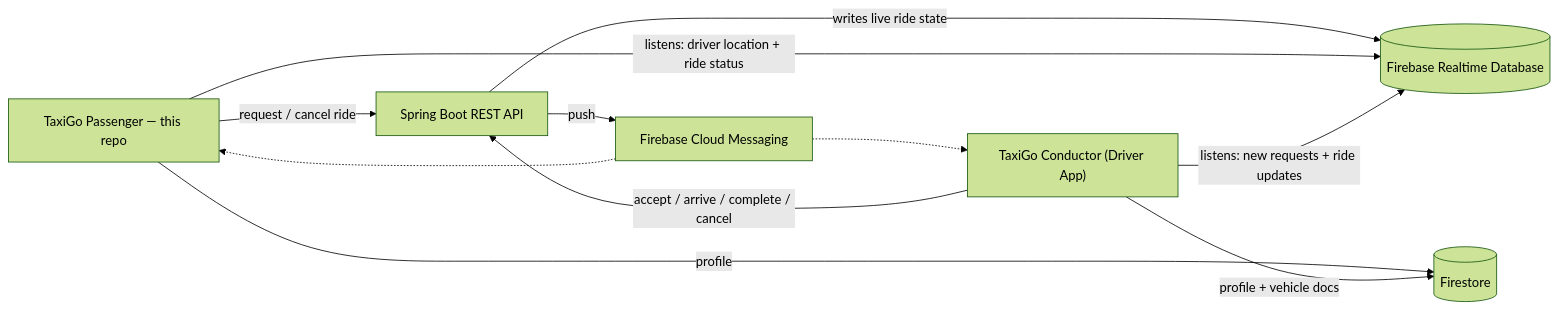
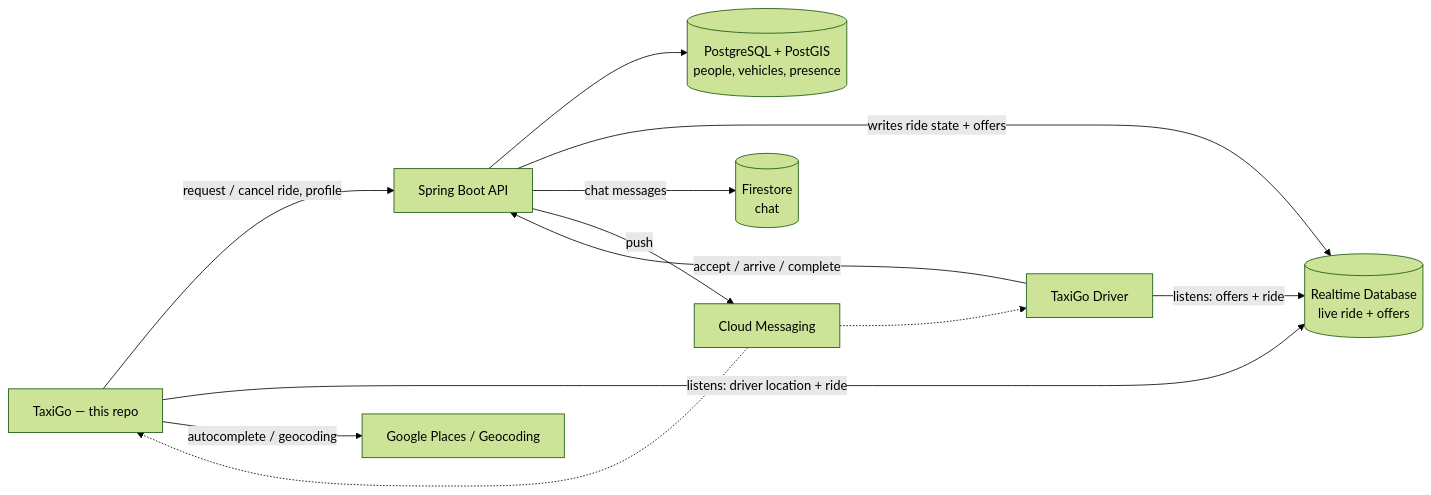
The second of 2 diagrams in README.md (areascript22/project-taxi-passenger), drawn with Mermaid (forest theme) before and after one commit. The commit also changed other lines of this file, not shown here.

Commit message:
Rewrite README with current features, architecture and CI/CD

````diff
--- a/README.md
+++ b/README.md
@@ -92,20 +98,23 @@
 ```mermaid
 flowchart LR
-    PA["TaxiGo Passenger — this repo"]
-    DA["TaxiGo Conductor (Driver App)"]
-    API["Spring Boot REST API"]
-    RTDB[("Firebase Realtime Database")]
-    FCM["Firebase Cloud Messaging"]
-    FS[("Firestore")]
+    PA["TaxiGo — this repo"]
+    DA["TaxiGo Driver"]
+    API["Spring Boot API"]
+    PG[("PostgreSQL + PostGIS<br/>people, vehicles, presence")]
+    RTDB[("Realtime Database<br/>live ride + offers")]
+    FS[("Firestore<br/>chat")]
+    FCM["Cloud Messaging"]
+    G["Google Places / Geocoding"]
 
-    PA -- "request / cancel ride" --> API
-    DA -- "accept / arrive / complete / cancel" --> API
-    API -- "writes live ride state" --> RTDB
-    PA -- "listens: driver location + ride status" --> RTDB
-    DA -- "listens: new requests + ride updates" --> RTDB
+    PA -- "request / cancel ride, profile" --> API
+    DA -- "accept / arrive / complete" --> API
+    API --> PG
+    API -- "writes ride state + offers" --> RTDB
+    PA -- "listens: driver location + ride" --> RTDB
+    DA -- "listens: offers + ride" --> RTDB
+    API -- "chat messages" --> FS
     API -- "push" --> FCM
     FCM -.-> PA
     FCM -.-> DA
-    PA -- "profile" --> FS
-    DA -- "profile + vehicle docs" --> FS
+    PA -- "autocomplete / geocoding" --> G
 ```
````
